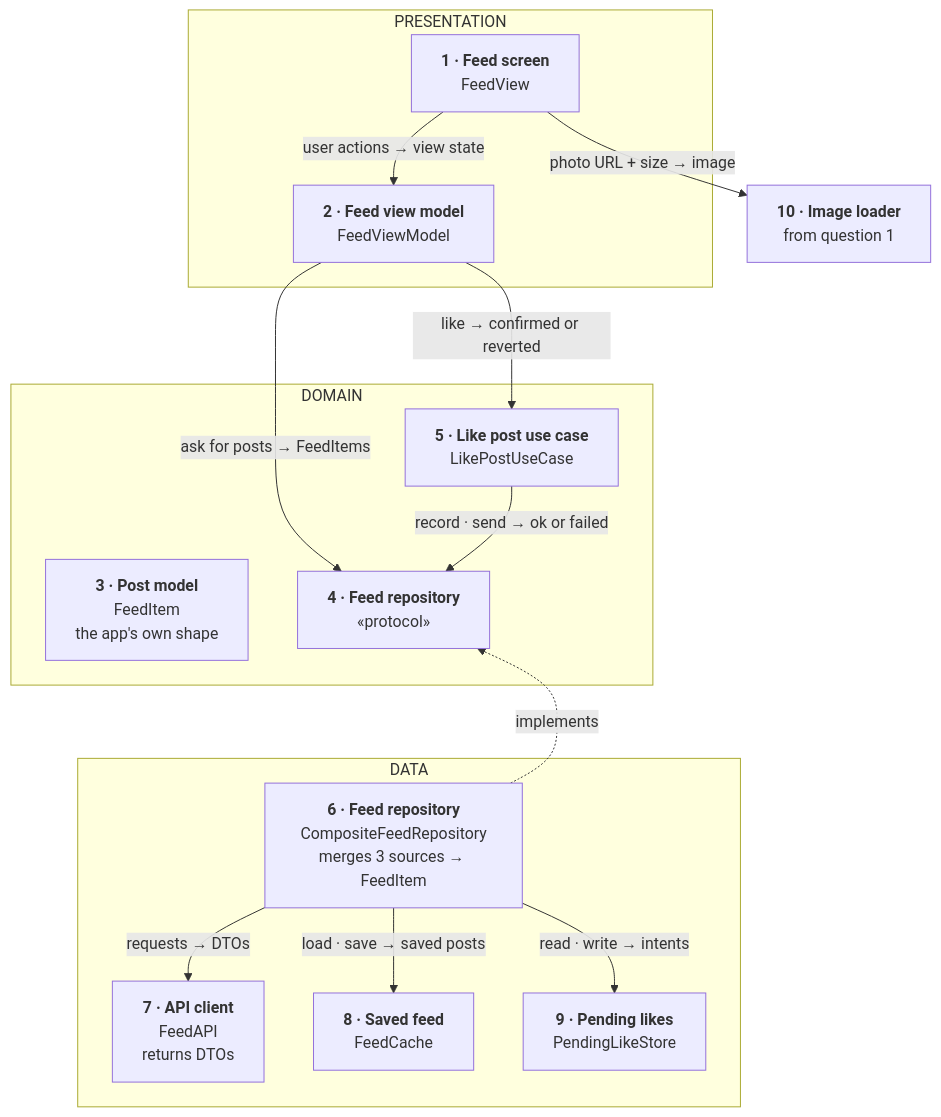
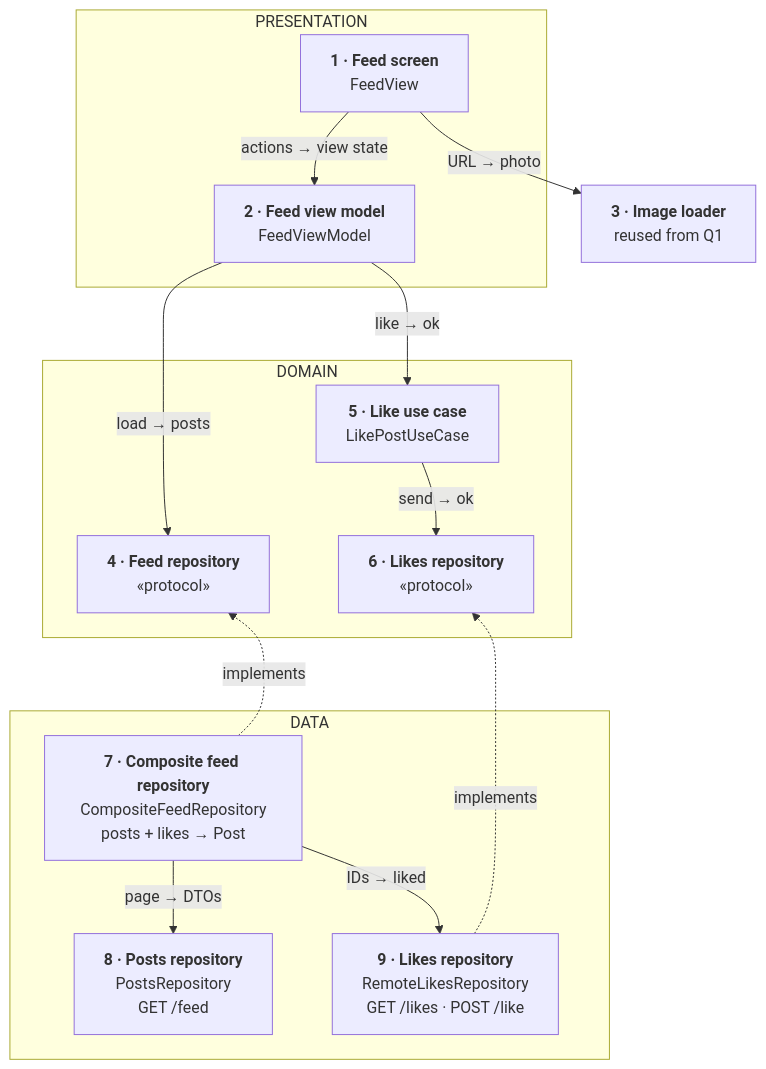
One commit to rezabina86/reference-desk changed the first of 4 diagrams in topics/system-design/02-infinite-photo-feed.md. Above: the diagram before and after it, drawn with Mermaid. The commit also changed other lines of this file and 5 other files, not shown here.

````diff
--- a/topics/system-design/02-infinite-photo-feed.md
+++ b/topics/system-design/02-infinite-photo-feed.md
@@ -146,45 +114,44 @@
 ```mermaid
 flowchart TB
   subgraph P["PRESENTATION"]
     View["`**1 · Feed screen**
-FeedView`"] -- "user actions → view state" --> VM["`**2 · Feed view model**
+FeedView`"] -- "actions → view state" --> VM["`**2 · Feed view model**
 FeedViewModel`"]
   end
+  Img["`**3 · Image loader**
+reused from Q1`"]
   subgraph D["DOMAIN"]
-    Item["`**3 · Post model**
-FeedItem
-the app's own shape`"]
-    Repo["`**4 · Feed repository**
+    Feed["`**4 · Feed repository**
 «protocol»`"]
-    Like["`**5 · Like post use case**
+    Like["`**5 · Like use case**
 LikePostUseCase`"]
+    Likes["`**6 · Likes repository**
+«protocol»`"]
   end
   subgraph DA["DATA"]
-    Impl["`**6 · Feed repository**
+    Comp["`**7 · Composite feed repository**
 CompositeFeedRepository
-merges 3 sources → FeedItem`"]
-    API["`**7 · API client**
-FeedAPI
-returns DTOs`"]
-    Cache["`**8 · Saved feed**
-FeedCache`"]
-    Pending["`**9 · Pending likes**
-PendingLikeStore`"]
+posts + likes → Post`"]
+    Posts["`**8 · Posts repository**
+PostsRepository
+GET /feed`"]
+    LikesImpl["`**9 · Likes repository**
+RemoteLikesRepository
+GET /likes · POST /like`"]
   end
-  Pipe["`**10 · Image loader**
-from question 1`"]
-  VM -- "ask for posts → FeedItems" --> Repo
-  VM -- "like → confirmed or reverted" --> Like
-  Like -- "record · send → ok or failed" --> Repo
-  Repo ~~~ Impl
-  Impl -. "implements" .-> Repo
-  Impl -- "requests → DTOs" --> API
-  Impl -- "load · save → saved posts" --> Cache
-  Impl -- "read · write → intents" --> Pending
-  View -- "photo URL + size → image" --> Pipe
+  View -- "URL → photo" --> Img
+  VM -- "like → ok" --> Like
+  Like -- "send → ok" --> Likes
+  Likes ~~~ LikesImpl
+  LikesImpl -. "implements" .-> Likes
+  VM -- "load → posts" --> Feed
+  Like ~~~ Feed
+  Feed ~~~ Comp
+  Comp -. "implements" .-> Feed
+  Comp -- "page → DTOs" --> Posts
+  Comp -- "IDs → liked" --> LikesImpl
   class View,VM pres
-  class Item,Repo,Like dom
-  class Impl,Cache,Pending data
-  class API net
-  class Pipe reuse
+  class Feed,Like,Likes dom
+  class Comp,Posts,LikesImpl data
+  class Img reuse
 ```
````
